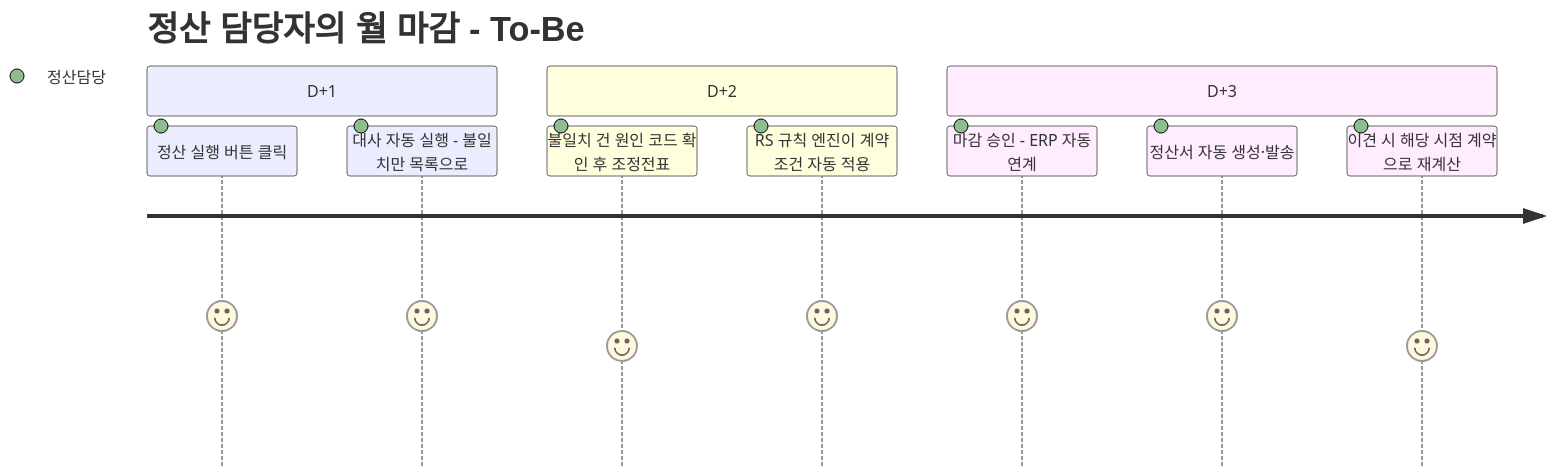
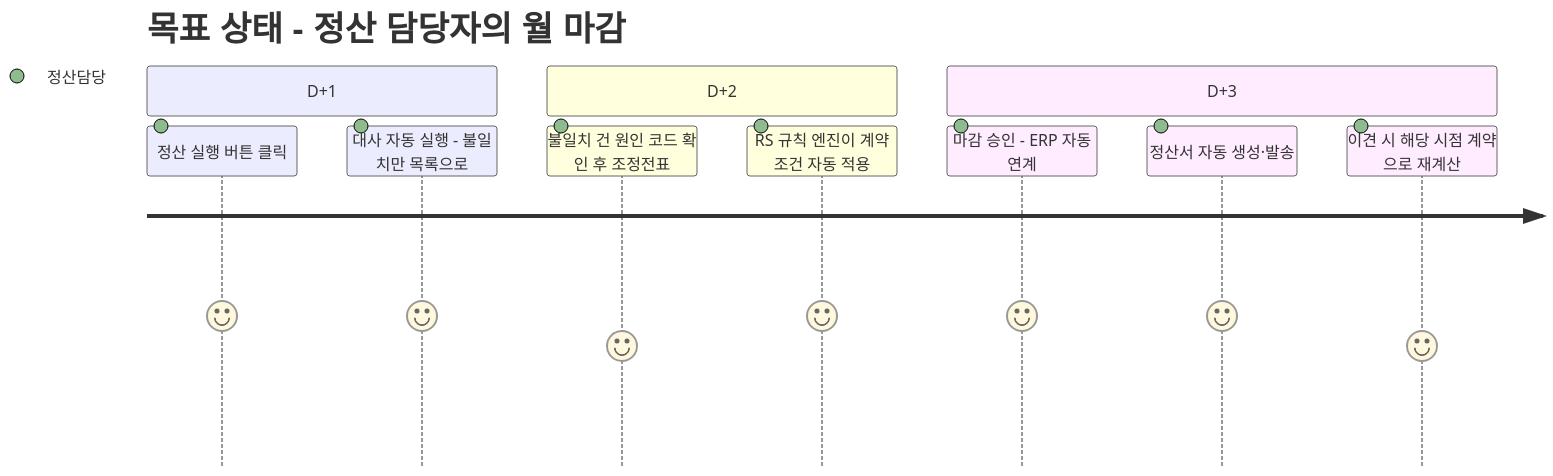
One commit to withwooyong/withwooyong.github.io changed the ninth of 17 diagrams in pages/product-lead-loadmap/02_결제정산.md. Above: the diagram before and after it, drawn with Mermaid. The commit also changed other lines of this file and 16 other files, not shown here.

````diff
--- a/pages/product-lead-loadmap/02_결제정산.md
+++ b/pages/product-lead-loadmap/02_결제정산.md
@@ -959,14 +880,14 @@
 ```mermaid
 journey
-    title 정산 담당자의 월 마감 - To-Be
+    title 목표 상태 - 정산 담당자의 월 마감
     section D+1
       정산 실행 버튼 클릭: 5: 정산담당
       대사 자동 실행 - 불일치만 목록으로: 5: 정산담당
     section D+2
       불일치 건 원인 코드 확인 후 조정전표: 4: 정산담당
       RS 규칙 엔진이 계약 조건 자동 적용: 5: 정산담당
     section D+3
       마감 승인 - ERP 자동 연계: 5: 정산담당
       정산서 자동 생성·발송: 5: 정산담당
       이견 시 해당 시점 계약으로 재계산: 4: 정산담당
 ```
````
